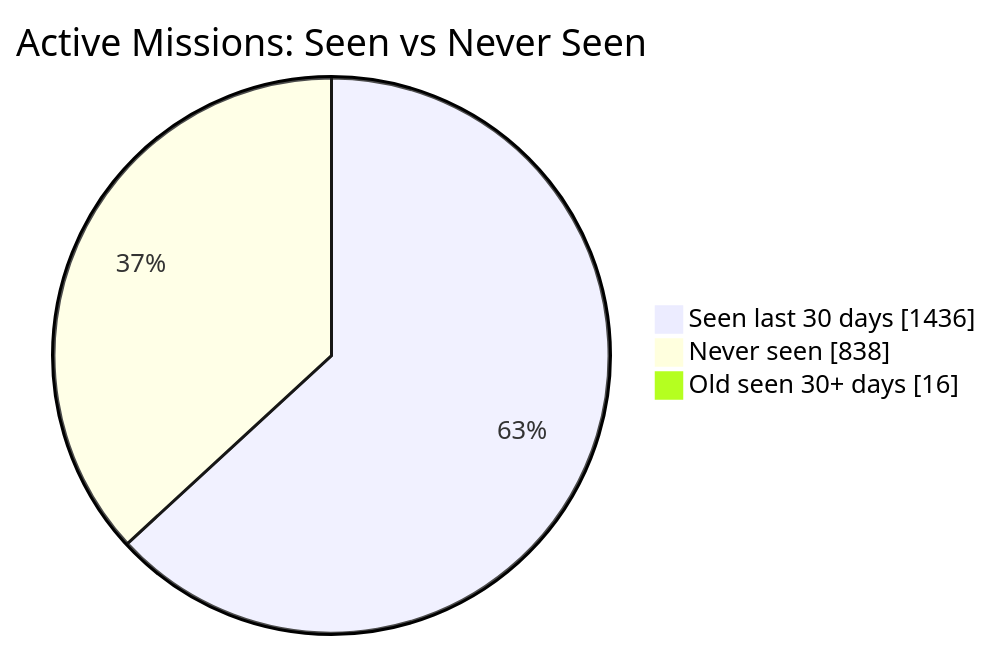
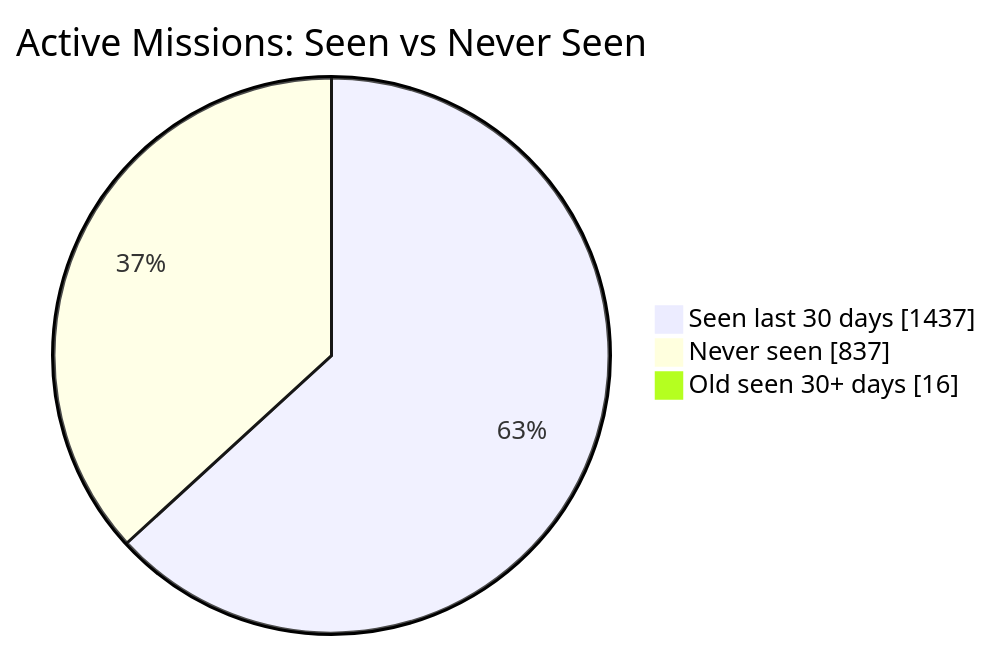
Before and after one commit to MeldkamerspelGameTeam/active-missions: the first of 2 diagrams in README.md, drawn with Mermaid. The commit also changed other lines of this file and 2 other files, not shown here.

````diff
--- a/README.md
+++ b/README.md
@@ -34,7 +34,7 @@
 ```mermaid
 pie showData
     title Active Missions: Seen vs Never Seen
-    "Seen last 30 days" : 1436
-    "Never seen" : 838
+    "Seen last 30 days" : 1437
+    "Never seen" : 837
     "Old seen 30+ days" : 16
 ```
````
